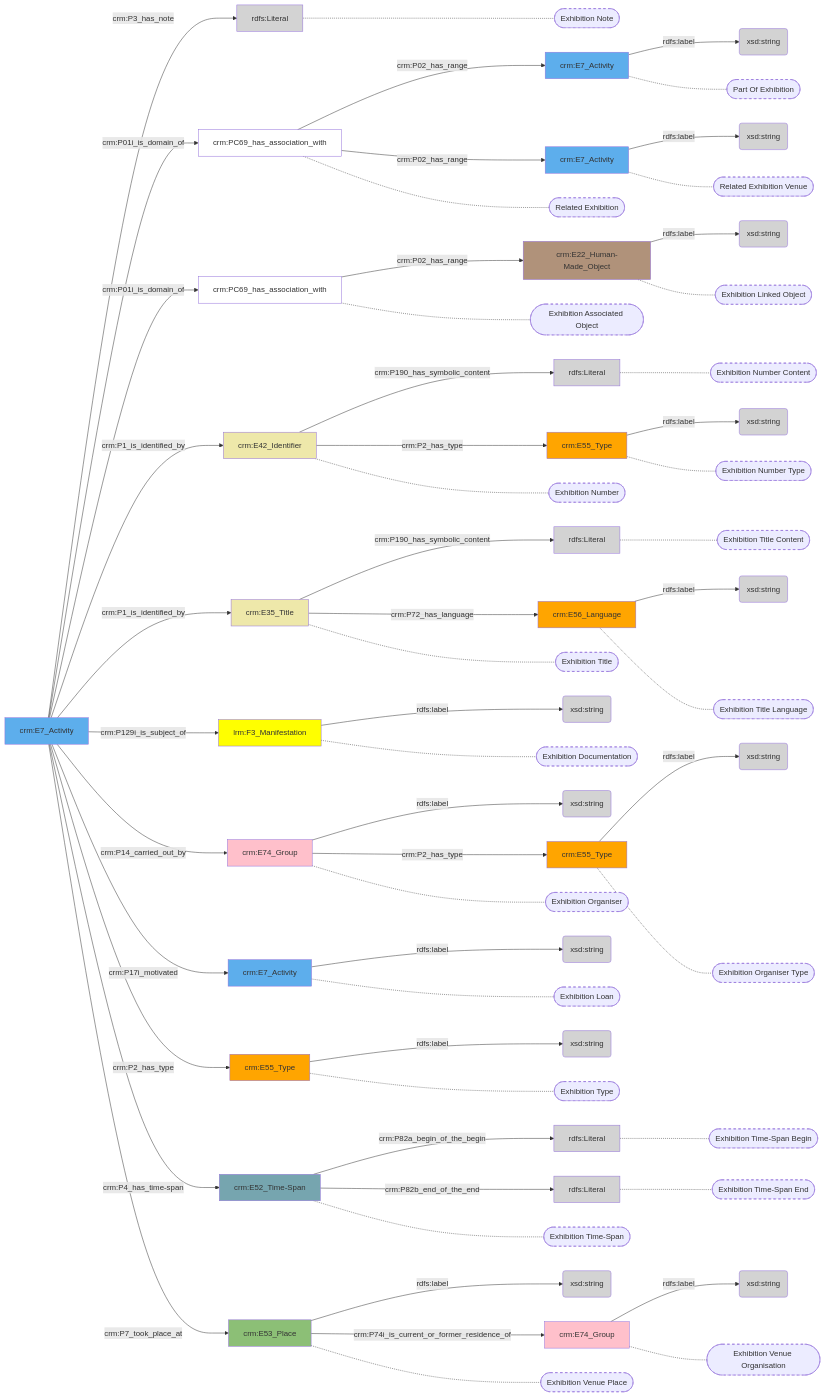
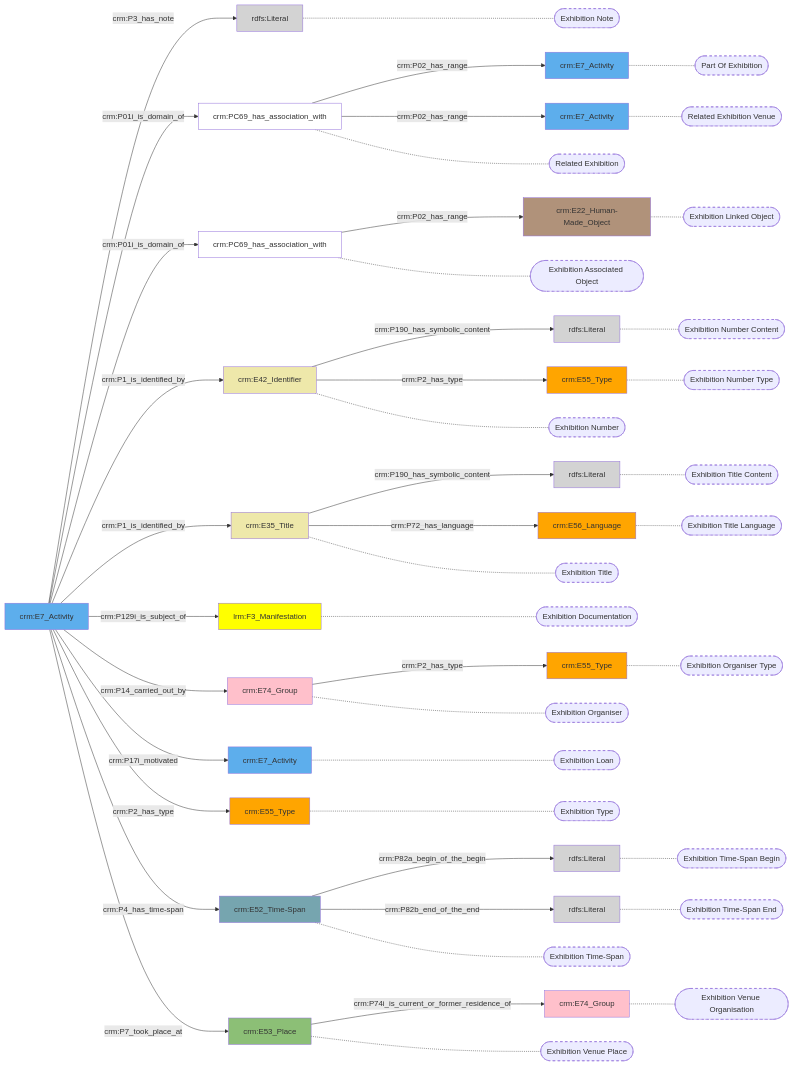
The diagram in docs/content/modellen/Exhibition.md (digipolisantwerpdocumentation/antwerp-cultureel-erfgoed), drawn with Mermaid before and after one commit. The commit also changed 170 other files, not shown here.

````diff
--- a/docs/content/modellen/Exhibition.md
+++ b/docs/content/modellen/Exhibition.md
@@ -1,20 +1,31 @@
 ```mermaid
 graph LR
-00535d95-cb21-11ee-bbb2-960002548b4f["crm:E22_Human-Made_Object"]-->|"rdfs:label"|3e2f9307-cb39-11ee-bd88-960002548b4f(xsd:string)
-06fe9bf8-cb29-11ee-aa0b-960002548b4f["crm:E7_Activity"]-->|"rdfs:label"|69771f95-cb29-11ee-a50a-960002548b4f(xsd:string)
+style 00535d95-cb21-11ee-bbb2-960002548b4f fill:#B0927A
+style 06fe9bf8-cb29-11ee-aa0b-960002548b4f fill:#5DAEEC
+style 17d24b9b-cb20-11ee-b02e-960002548b4f fill:#D3D3D3
+style 1bebb8ee-cb33-11ee-9c67-960002548b4f fill:#EEE8AA
+style 20cdc89b-cb2a-11ee-8cab-960002548b4f fill:#5DAEEC
+style 2fcbd84f-cb28-11ee-b8a4-960002548b4f fill:#5DAEEC
+style 30e52da3-cb22-11ee-a5cb-960002548b4f fill:#ffa500
+style 43d0ddd1-cb33-11ee-bca6-960002548b4f fill:#D3D3D3
+style 44d4775e-cb20-11ee-ae3d-960002548b4f fill:#D3D3D3
+style 5e31804f-cb20-11ee-bc4a-960002548b4f fill:#8CBF76
+style 706d2871-cb1f-11ee-be14-960002548b4f fill:#EEE8AA
+style 9a844085-cb1e-11ee-9a65-960002548b4f fill:#5DAEEC
+style af9064e0-cb21-11ee-92f8-960002548b4f fill:#ffa500
+style b7b7c7e2-cb27-11ee-b38b-960002548b4f fill:#ffffff
+style c5202e09-cb1f-11ee-b28f-960002548b4f fill:#D3D3D3
+style c81fb98a-cb20-11ee-9607-960002548b4f fill:#ffffff
+style ce25176f-e046-11ee-be49-960002548b4f fill:#ffa500
+style d2ed034e-cb21-11ee-b26f-960002548b4f fill:#ffc0cb
+style d5597544-cb36-11ee-b7ee-960002548b4f fill:#ffff00
+style d685b642-cb34-11ee-b1d9-960002548b4f fill:#ffc0cb
+style e4805c3e-cb38-11ee-8dea-960002548b4f fill:#ffa500
+style f97b60e6-cb29-11ee-85e3-960002548b4f fill:#D3D3D3
+style fb049cdc-cb1f-11ee-99a5-960002548b4f fill:#76A5AF
 1bebb8ee-cb33-11ee-9c67-960002548b4f["crm:E42_Identifier"]-->|"crm:P190_has_symbolic_content"|43d0ddd1-cb33-11ee-bca6-960002548b4f(rdfs:Literal)
-20cdc89b-cb2a-11ee-8cab-960002548b4f["crm:E7_Activity"]-->|"rdfs:label"|731b0b40-cb32-11ee-a0ad-960002548b4f(xsd:string)
-2fcbd84f-cb28-11ee-b8a4-960002548b4f["crm:E7_Activity"]-->|"rdfs:label"|6ca89778-cb28-11ee-882c-960002548b4f(xsd:string)
-30e52da3-cb22-11ee-a5cb-960002548b4f["crm:E55_Type"]-->|"rdfs:label"|4a854190-cb22-11ee-b977-960002548b4f(xsd:string)
-5e31804f-cb20-11ee-bc4a-960002548b4f["crm:E53_Place"]-->|"rdfs:label"|9de69c2a-cb20-11ee-8a2b-960002548b4f(xsd:string)
 706d2871-cb1f-11ee-be14-960002548b4f["crm:E35_Title"]-->|"crm:P190_has_symbolic_content"|c5202e09-cb1f-11ee-b28f-960002548b4f(rdfs:Literal)
 9a844085-cb1e-11ee-9a65-960002548b4f["crm:E7_Activity"]-->|"crm:P3_has_note"|f97b60e6-cb29-11ee-85e3-960002548b4f(rdfs:Literal)
-af9064e0-cb21-11ee-92f8-960002548b4f["crm:E55_Type"]-->|"rdfs:label"|cf9dc779-cb38-11ee-a875-960002548b4f(xsd:string)
-ce25176f-e046-11ee-be49-960002548b4f["crm:E55_Type"]-->|"rdfs:label"|e53b66d3-e046-11ee-8f73-960002548b4f(xsd:string)
-d2ed034e-cb21-11ee-b26f-960002548b4f["crm:E74_Group"]-->|"rdfs:label"|1f617313-cb22-11ee-a619-960002548b4f(xsd:string)
-d5597544-cb36-11ee-b7ee-960002548b4f["lrm:F3_Manifestation"]-->|"rdfs:label"|e31ca1de-cb37-11ee-9017-960002548b4f(xsd:string)
-d685b642-cb34-11ee-b1d9-960002548b4f["crm:E74_Group"]-->|"rdfs:label"|66843922-cb36-11ee-881f-960002548b4f(xsd:string)
-e4805c3e-cb38-11ee-8dea-960002548b4f["crm:E56_Language"]-->|"rdfs:label"|1f3497b0-cb39-11ee-9b07-960002548b4f(xsd:string)
 fb049cdc-cb1f-11ee-99a5-960002548b4f["crm:E52_Time-Span"]-->|"crm:P82a_begin_of_the_begin"|17d24b9b-cb20-11ee-b02e-960002548b4f(rdfs:Literal)
 fb049cdc-cb1f-11ee-99a5-960002548b4f["crm:E52_Time-Span"]-->|"crm:P82b_end_of_the_end"|44d4775e-cb20-11ee-ae3d-960002548b4f(rdfs:Literal)
 1bebb8ee-cb33-11ee-9c67-960002548b4f["crm:E42_Identifier"]-->|"crm:P2_has_type"|ce25176f-e046-11ee-be49-960002548b4f["crm:E55_Type"]
@@ -34,6 +45,28 @@
 b7b7c7e2-cb27-11ee-b38b-960002548b4f["crm:PC69_has_association_with"]-->|"crm:P02_has_range"|2fcbd84f-cb28-11ee-b8a4-960002548b4f["crm:E7_Activity"]
 c81fb98a-cb20-11ee-9607-960002548b4f["crm:PC69_has_association_with"]-->|"crm:P02_has_range"|00535d95-cb21-11ee-bbb2-960002548b4f["crm:E22_Human-Made_Object"]
 d2ed034e-cb21-11ee-b26f-960002548b4f["crm:E74_Group"]-->|"crm:P2_has_type"|30e52da3-cb22-11ee-a5cb-960002548b4f["crm:E55_Type"]
+43d0ddd1-cb33-11ee-bca6-960002548b4f["rdfs:Literal"]-.-43d0ddd1-cb33-11ee-bca6-960002548b4f_s(["Exhibition Number Content"])
+ce25176f-e046-11ee-be49-960002548b4f["crm:E55_Type"]-.-ce25176f-e046-11ee-be49-960002548b4f_s(["Exhibition Number Type"])
+d685b642-cb34-11ee-b1d9-960002548b4f["crm:E74_Group"]-.-d685b642-cb34-11ee-b1d9-960002548b4f_s(["Exhibition Venue Organisation"])
+c5202e09-cb1f-11ee-b28f-960002548b4f["rdfs:Literal"]-.-c5202e09-cb1f-11ee-b28f-960002548b4f_s(["Exhibition Title Content"])
+e4805c3e-cb38-11ee-8dea-960002548b4f["crm:E56_Language"]-.-e4805c3e-cb38-11ee-8dea-960002548b4f_s(["Exhibition Title Language"])
+b7b7c7e2-cb27-11ee-b38b-960002548b4f["crm:PC69_has_association_with"]-.-b7b7c7e2-cb27-11ee-b38b-960002548b4f_s(["Related Exhibition"])
+c81fb98a-cb20-11ee-9607-960002548b4f["crm:PC69_has_association_with"]-.-c81fb98a-cb20-11ee-9607-960002548b4f_s(["Exhibition Associated Object"])
+1bebb8ee-cb33-11ee-9c67-960002548b4f["crm:E42_Identifier"]-.-1bebb8ee-cb33-11ee-9c67-960002548b4f_s(["Exhibition Number"])
+706d2871-cb1f-11ee-be14-960002548b4f["crm:E35_Title"]-.-706d2871-cb1f-11ee-be14-960002548b4f_s(["Exhibition Title"])
+d5597544-cb36-11ee-b7ee-960002548b4f["lrm:F3_Manifestation"]-.-d5597544-cb36-11ee-b7ee-960002548b4f_s(["Exhibition Documentation"])
+d2ed034e-cb21-11ee-b26f-960002548b4f["crm:E74_Group"]-.-d2ed034e-cb21-11ee-b26f-960002548b4f_s(["Exhibition Organiser"])
+20cdc89b-cb2a-11ee-8cab-960002548b4f["crm:E7_Activity"]-.-20cdc89b-cb2a-11ee-8cab-960002548b4f_s(["Exhibition Loan"])
+af9064e0-cb21-11ee-92f8-960002548b4f["crm:E55_Type"]-.-af9064e0-cb21-11ee-92f8-960002548b4f_s(["Exhibition Type"])
+f97b60e6-cb29-11ee-85e3-960002548b4f["rdfs:Literal"]-.-f97b60e6-cb29-11ee-85e3-960002548b4f_s(["Exhibition Note"])
+fb049cdc-cb1f-11ee-99a5-960002548b4f["crm:E52_Time-Span"]-.-fb049cdc-cb1f-11ee-99a5-960002548b4f_s(["Exhibition Time-Span"])
+5e31804f-cb20-11ee-bc4a-960002548b4f["crm:E53_Place"]-.-5e31804f-cb20-11ee-bc4a-960002548b4f_s(["Exhibition Venue Place"])
+06fe9bf8-cb29-11ee-aa0b-960002548b4f["crm:E7_Activity"]-.-06fe9bf8-cb29-11ee-aa0b-960002548b4f_s(["Part Of Exhibition"])
+2fcbd84f-cb28-11ee-b8a4-960002548b4f["crm:E7_Activity"]-.-2fcbd84f-cb28-11ee-b8a4-960002548b4f_s(["Related Exhibition Venue"])
+00535d95-cb21-11ee-bbb2-960002548b4f["crm:E22_Human-Made_Object"]-.-00535d95-cb21-11ee-bbb2-960002548b4f_s(["Exhibition Linked Object"])
+30e52da3-cb22-11ee-a5cb-960002548b4f["crm:E55_Type"]-.-30e52da3-cb22-11ee-a5cb-960002548b4f_s(["Exhibition Organiser Type"])
+17d24b9b-cb20-11ee-b02e-960002548b4f["rdfs:Literal"]-.-17d24b9b-cb20-11ee-b02e-960002548b4f_s(["Exhibition Time-Span Begin"])
+44d4775e-cb20-11ee-ae3d-960002548b4f["rdfs:Literal"]-.-44d4775e-cb20-11ee-ae3d-960002548b4f_s(["Exhibition Time-Span End"])
 style 43d0ddd1-cb33-11ee-bca6-960002548b4f_s stroke-dasharray: 5
 style ce25176f-e046-11ee-be49-960002548b4f_s stroke-dasharray: 5
 style d685b642-cb34-11ee-b1d9-960002548b4f_s stroke-dasharray: 5
@@ -56,61 +89,4 @@
 style 30e52da3-cb22-11ee-a5cb-960002548b4f_s stroke-dasharray: 5
 style 17d24b9b-cb20-11ee-b02e-960002548b4f_s stroke-dasharray: 5
 style 44d4775e-cb20-11ee-ae3d-960002548b4f_s stroke-dasharray: 5
-43d0ddd1-cb33-11ee-bca6-960002548b4f["rdfs:Literal"]-.-43d0ddd1-cb33-11ee-bca6-960002548b4f_s(["Exhibition Number Content"])
-ce25176f-e046-11ee-be49-960002548b4f["crm:E55_Type"]-.-ce25176f-e046-11ee-be49-960002548b4f_s(["Exhibition Number Type"])
-d685b642-cb34-11ee-b1d9-960002548b4f["crm:E74_Group"]-.-d685b642-cb34-11ee-b1d9-960002548b4f_s(["Exhibition Venue Organisation"])
-c5202e09-cb1f-11ee-b28f-960002548b4f["rdfs:Literal"]-.-c5202e09-cb1f-11ee-b28f-960002548b4f_s(["Exhibition Title Content"])
-e4805c3e-cb38-11ee-8dea-960002548b4f["crm:E56_Language"]-.-e4805c3e-cb38-11ee-8dea-960002548b4f_s(["Exhibition Title Language"])
-b7b7c7e2-cb27-11ee-b38b-960002548b4f["crm:PC69_has_association_with"]-.-b7b7c7e2-cb27-11ee-b38b-960002548b4f_s(["Related Exhibition"])
-c81fb98a-cb20-11ee-9607-960002548b4f["crm:PC69_has_association_with"]-.-c81fb98a-cb20-11ee-9607-960002548b4f_s(["Exhibition Associated Object"])
-1bebb8ee-cb33-11ee-9c67-960002548b4f["crm:E42_Identifier"]-.-1bebb8ee-cb33-11ee-9c67-960002548b4f_s(["Exhibition Number"])
-706d2871-cb1f-11ee-be14-960002548b4f["crm:E35_Title"]-.-706d2871-cb1f-11ee-be14-960002548b4f_s(["Exhibition Title"])
-d5597544-cb36-11ee-b7ee-960002548b4f["lrm:F3_Manifestation"]-.-d5597544-cb36-11ee-b7ee-960002548b4f_s(["Exhibition Documentation"])
-d2ed034e-cb21-11ee-b26f-960002548b4f["crm:E74_Group"]-.-d2ed034e-cb21-11ee-b26f-960002548b4f_s(["Exhibition Organiser"])
-20cdc89b-cb2a-11ee-8cab-960002548b4f["crm:E7_Activity"]-.-20cdc89b-cb2a-11ee-8cab-960002548b4f_s(["Exhibition Loan"])
-af9064e0-cb21-11ee-92f8-960002548b4f["crm:E55_Type"]-.-af9064e0-cb21-11ee-92f8-960002548b4f_s(["Exhibition Type"])
-f97b60e6-cb29-11ee-85e3-960002548b4f["rdfs:Literal"]-.-f97b60e6-cb29-11ee-85e3-960002548b4f_s(["Exhibition Note"])
-fb049cdc-cb1f-11ee-99a5-960002548b4f["crm:E52_Time-Span"]-.-fb049cdc-cb1f-11ee-99a5-960002548b4f_s(["Exhibition Time-Span"])
-5e31804f-cb20-11ee-bc4a-960002548b4f["crm:E53_Place"]-.-5e31804f-cb20-11ee-bc4a-960002548b4f_s(["Exhibition Venue Place"])
-06fe9bf8-cb29-11ee-aa0b-960002548b4f["crm:E7_Activity"]-.-06fe9bf8-cb29-11ee-aa0b-960002548b4f_s(["Part Of Exhibition"])
-2fcbd84f-cb28-11ee-b8a4-960002548b4f["crm:E7_Activity"]-.-2fcbd84f-cb28-11ee-b8a4-960002548b4f_s(["Related Exhibition Venue"])
-00535d95-cb21-11ee-bbb2-960002548b4f["crm:E22_Human-Made_Object"]-.-00535d95-cb21-11ee-bbb2-960002548b4f_s(["Exhibition Linked Object"])
-30e52da3-cb22-11ee-a5cb-960002548b4f["crm:E55_Type"]-.-30e52da3-cb22-11ee-a5cb-960002548b4f_s(["Exhibition Organiser Type"])
-17d24b9b-cb20-11ee-b02e-960002548b4f["rdfs:Literal"]-.-17d24b9b-cb20-11ee-b02e-960002548b4f_s(["Exhibition Time-Span Begin"])
-44d4775e-cb20-11ee-ae3d-960002548b4f["rdfs:Literal"]-.-44d4775e-cb20-11ee-ae3d-960002548b4f_s(["Exhibition Time-Span End"])
-style 00535d95-cb21-11ee-bbb2-960002548b4f fill:#B0927A
-style 06fe9bf8-cb29-11ee-aa0b-960002548b4f fill:#5DAEEC
-style 17d24b9b-cb20-11ee-b02e-960002548b4f fill:#D3D3D3
-style 1bebb8ee-cb33-11ee-9c67-960002548b4f fill:#EEE8AA
-style 1f3497b0-cb39-11ee-9b07-960002548b4f fill:#D3D3D3
-style 1f617313-cb22-11ee-a619-960002548b4f fill:#D3D3D3
-style 20cdc89b-cb2a-11ee-8cab-960002548b4f fill:#5DAEEC
-style 2fcbd84f-cb28-11ee-b8a4-960002548b4f fill:#5DAEEC
-style 30e52da3-cb22-11ee-a5cb-960002548b4f fill:#ffa500
-style 3e2f9307-cb39-11ee-bd88-960002548b4f fill:#D3D3D3
-style 43d0ddd1-cb33-11ee-bca6-960002548b4f fill:#D3D3D3
-style 44d4775e-cb20-11ee-ae3d-960002548b4f fill:#D3D3D3
-style 4a854190-cb22-11ee-b977-960002548b4f fill:#D3D3D3
-style 5e31804f-cb20-11ee-bc4a-960002548b4f fill:#8CBF76
-style 66843922-cb36-11ee-881f-960002548b4f fill:#D3D3D3
-style 69771f95-cb29-11ee-a50a-960002548b4f fill:#D3D3D3
-style 6ca89778-cb28-11ee-882c-960002548b4f fill:#D3D3D3
-style 706d2871-cb1f-11ee-be14-960002548b4f fill:#EEE8AA
-style 731b0b40-cb32-11ee-a0ad-960002548b4f fill:#D3D3D3
-style 9a844085-cb1e-11ee-9a65-960002548b4f fill:#5DAEEC
-style 9de69c2a-cb20-11ee-8a2b-960002548b4f fill:#D3D3D3
-style af9064e0-cb21-11ee-92f8-960002548b4f fill:#ffa500
-style b7b7c7e2-cb27-11ee-b38b-960002548b4f fill:#ffffff
-style c5202e09-cb1f-11ee-b28f-960002548b4f fill:#D3D3D3
-style c81fb98a-cb20-11ee-9607-960002548b4f fill:#ffffff
-style ce25176f-e046-11ee-be49-960002548b4f fill:#ffa500
-style cf9dc779-cb38-11ee-a875-960002548b4f fill:#D3D3D3
-style d2ed034e-cb21-11ee-b26f-960002548b4f fill:#ffc0cb
-style d5597544-cb36-11ee-b7ee-960002548b4f fill:#ffff00
-style d685b642-cb34-11ee-b1d9-960002548b4f fill:#ffc0cb
-style e31ca1de-cb37-11ee-9017-960002548b4f fill:#D3D3D3
-style e4805c3e-cb38-11ee-8dea-960002548b4f fill:#ffa500
-style e53b66d3-e046-11ee-8f73-960002548b4f fill:#D3D3D3
-style f97b60e6-cb29-11ee-85e3-960002548b4f fill:#D3D3D3
-style fb049cdc-cb1f-11ee-99a5-960002548b4f fill:#76A5AF
 ```
````
